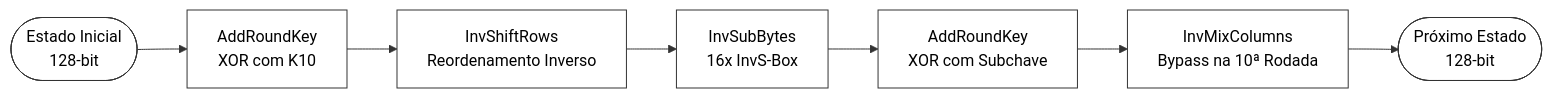
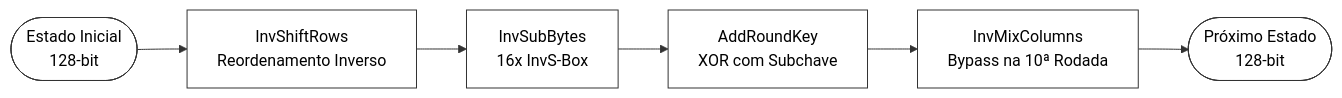
The third of 4 diagrams in docs/architecture/microarquitetura_v1.0.md (MatheusCarne/ciexpert-acelerador-aes-spi), drawn with Mermaid before and after one commit. The commit also changed other lines of this file, not shown here.

````diff
--- a/docs/architecture/microarquitetura_v1.0.md
+++ b/docs/architecture/microarquitetura_v1.0.md
@@ -77,17 +77,15 @@
 ```mermaid
 flowchart LR
-    IN([Estado Inicial<br/>128-bit]) --> IARK[AddRoundKey<br/>XOR com K10]
-    IARK --> ISR[InvShiftRows<br/>Reordenamento Inverso]
+    IN([Estado Inicial<br/>128-bit]) --> ISR[InvShiftRows<br/>Reordenamento Inverso]
     ISR --> ISB[InvSubBytes<br/>16x InvS-Box]
-    ISB --> ARK2[AddRoundKey<br/>XOR com Subchave]
-    ARK2 --> IMC[InvMixColumns<br/>Bypass na 10ª Rodada]
+    ISB --> ARK[AddRoundKey<br/>XOR com Subchave]
+    ARK --> IMC[InvMixColumns<br/>Bypass na 10ª Rodada]
     IMC --> OUT([Próximo Estado<br/>128-bit])
     
     style IN fill:#ffffff,stroke:#333,color:#000
-    style IARK fill:#ffffff,stroke:#333,color:#000
     style ISR fill:#ffffff,stroke:#333,color:#000
     style ISB fill:#ffffff,stroke:#333,color:#000
-    style ARK2 fill:#ffffff,stroke:#333,color:#000
+    style ARK fill:#ffffff,stroke:#333,color:#000
     style IMC fill:#ffffff,stroke:#333,color:#000
     style OUT fill:#ffffff,stroke:#333,color:#000
 ```
````
